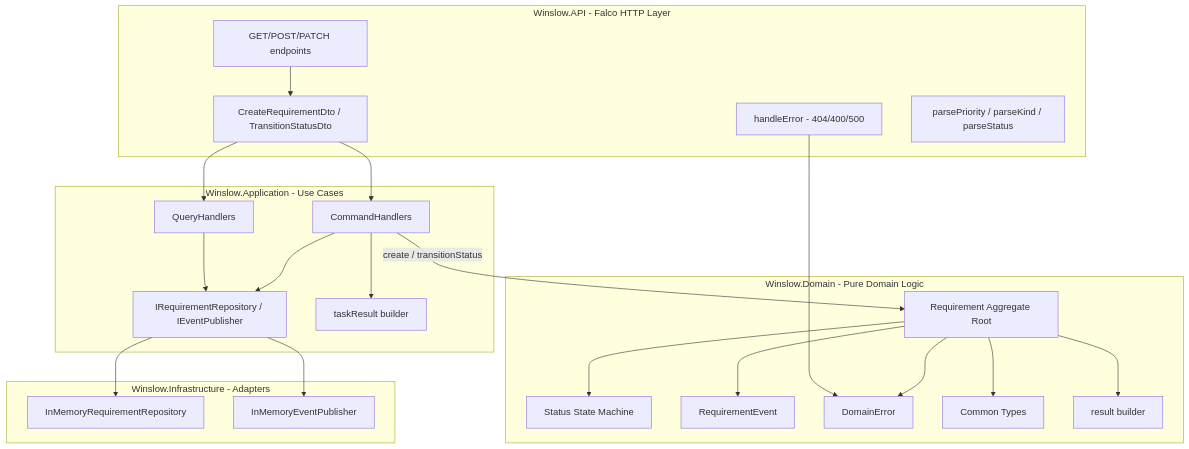
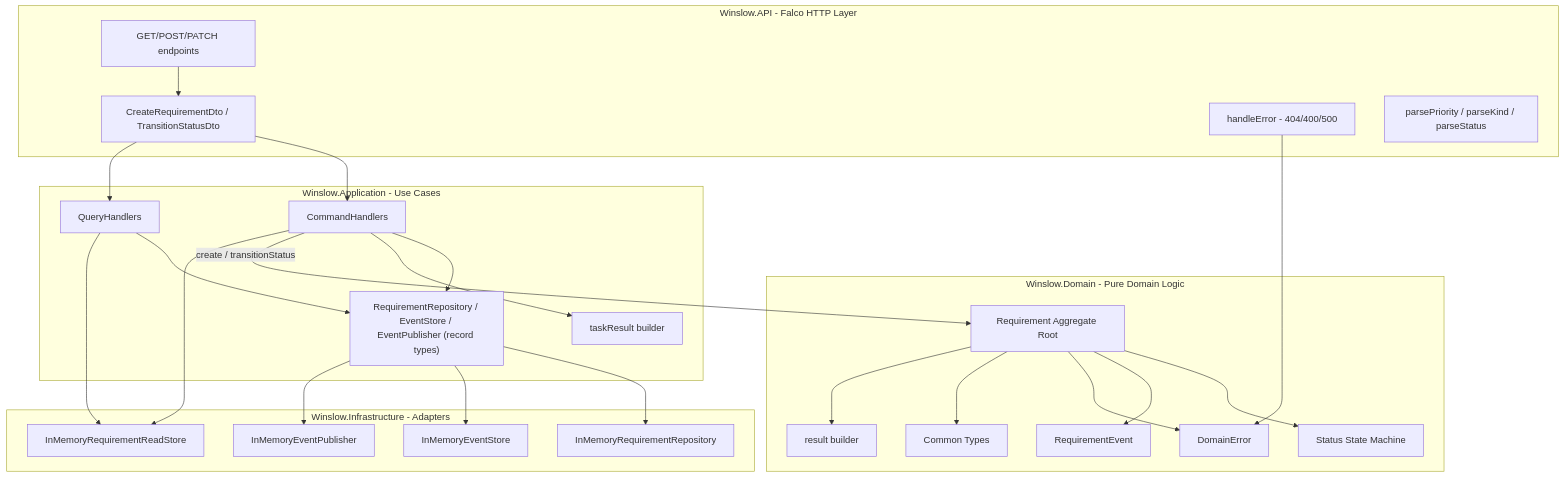
One commit to schraenko/Winslow changed the third of 12 diagrams in docs/architecture.md. Above: the diagram before and after it, drawn with Mermaid. The commit also changed other lines of this file and 42 other files, not shown here.

First line of the commit message:
P-2 project management plugin + architecture debt fixes + tests

````diff
--- a/docs/architecture.md
+++ b/docs/architecture.md
@@ -60,46 +60,51 @@
 ```mermaid
 graph TB
     subgraph "Winslow.API - Falco HTTP Layer"
         Routes["GET/POST/PATCH endpoints"]
         DTOs["CreateRequirementDto / TransitionStatusDto"]
         ErrorHandler["handleError - 404/400/500"]
         Parsers["parsePriority / parseKind / parseStatus"]
     end
 
     subgraph "Winslow.Application - Use Cases"
         CmdHandler["CommandHandlers"]
         QueryHandler["QueryHandlers"]
-        Ports["IRequirementRepository / IEventPublisher"]
+        Ports["RequirementRepository / EventStore / EventPublisher (record types)"]
         TaskResultCE["taskResult builder"]
     end
 
     subgraph "Winslow.Domain - Pure Domain Logic"
         ReqAgg["Requirement Aggregate Root"]
         StatusSM["Status State Machine"]
         Events["RequirementEvent"]
         Errors["DomainError"]
         Types["Common Types"]
         ResultCE["result builder"]
     end
 
     subgraph "Winslow.Infrastructure - Adapters"
         InMemRepo["InMemoryRequirementRepository"]
+        InMemStore["InMemoryEventStore"]
+        InMemRead["InMemoryRequirementReadStore"]
         InMemPub["InMemoryEventPublisher"]
     end
 
     Routes --> DTOs
     DTOs --> CmdHandler
     DTOs --> QueryHandler
     CmdHandler --> Ports
     QueryHandler --> Ports
     CmdHandler --> TaskResultCE
     CmdHandler -->|create / transitionStatus| ReqAgg
     ReqAgg --> StatusSM
     ReqAgg --> Events
     ReqAgg --> Errors
     ReqAgg --> Types
     ReqAgg --> ResultCE
     Ports --> InMemRepo
+    Ports --> InMemStore
     Ports --> InMemPub
+    CmdHandler --> InMemRead
+    QueryHandler --> InMemRead
     ErrorHandler --> Errors
 ```
````
